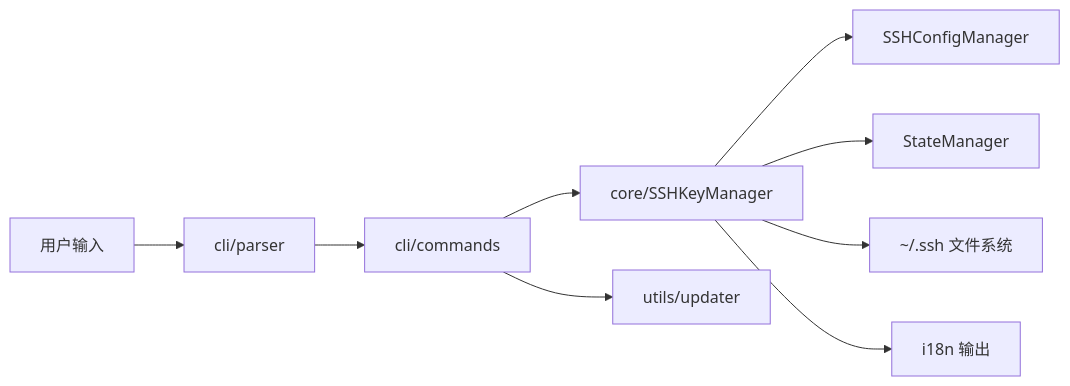
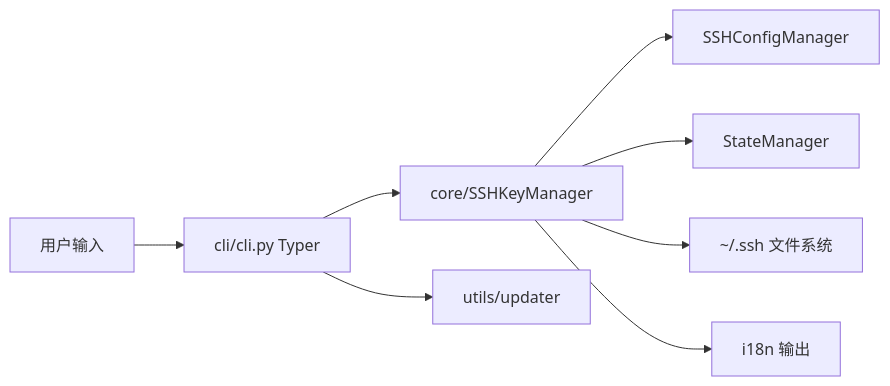
Before and after one commit to 365tools/SSHKeyManager: the first of 2 diagrams in docs/DEVELOPER.md, drawn with Mermaid. The commit also changed other lines of this file and 43 other files, not shown here.

````diff
--- a/docs/DEVELOPER.md
+++ b/docs/DEVELOPER.md
@@ -80,11 +88,10 @@
 ```mermaid
 flowchart LR
-    A[用户输入] --> B[cli/parser]
-    B --> C[cli/commands]
-    C --> D[core/SSHKeyManager]
+    A[用户输入] --> B[cli/cli.py  Typer]
+    B --> D[core/SSHKeyManager]
     D --> E[SSHConfigManager]
     D --> F[StateManager]
     D --> G[~/.ssh 文件系统]
-    C --> H[utils/updater]
+    B --> H[utils/updater]
     D --> I[i18n 输出]
 ```
````
